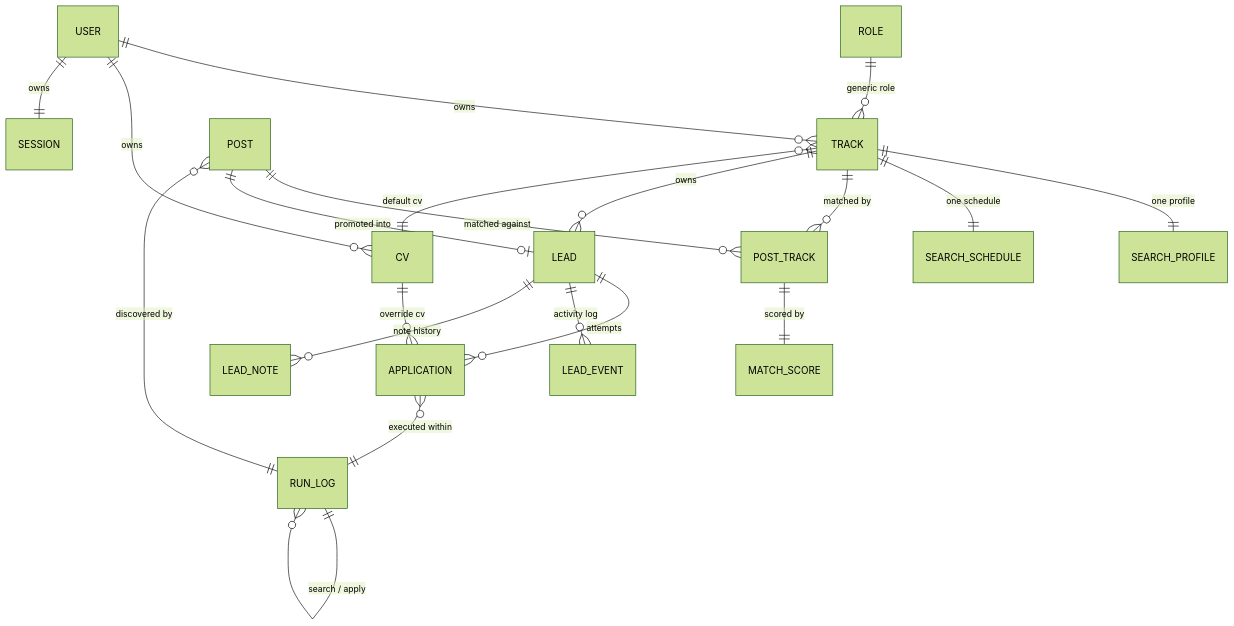
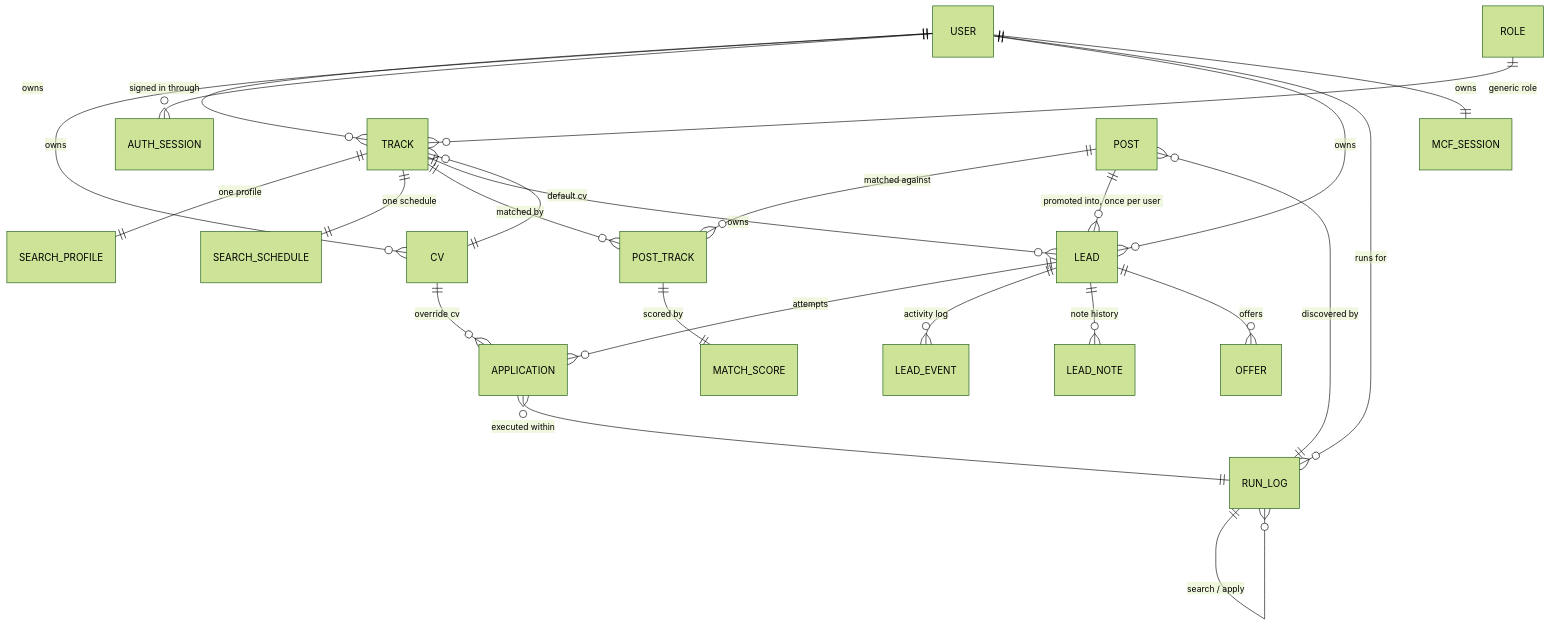
The diagram in docs/releases/010/design/010-data-model.md (yayfalafels/easymcf), drawn with Mermaid (forest theme) before and after one commit. The commit also changed other lines of this file and 56 other files, not shown here.

````diff
--- a/docs/releases/010/design/010-data-model.md
+++ b/docs/releases/010/design/010-data-model.md
@@ -39,22 +41,26 @@
 ```mermaid
 erDiagram
     USER ||--o{ TRACK : "owns"
     USER ||--o{ CV : "owns"
-    USER ||--|| SESSION : "owns"
+    USER ||--o{ AUTH_SESSION : "signed in through"
+    USER ||--o{ LEAD : "owns"
+    USER ||--o{ RUN_LOG : "runs for"
+    USER ||--|| MCF_SESSION : "owns"
     ROLE ||--o{ TRACK : "generic role"
     TRACK ||--|| SEARCH_PROFILE : "one profile"
     TRACK ||--|| SEARCH_SCHEDULE : "one schedule"
     TRACK ||--o{ POST_TRACK : "matched by"
     TRACK ||--o{ LEAD : "owns"
     TRACK }o--|| CV : "default cv"
     CV ||--o{ APPLICATION : "override cv"
     POST ||--o{ POST_TRACK : "matched against"
-    POST ||--o| LEAD : "promoted into"
+    POST ||--o{ LEAD : "promoted into, once per user"
     POST }o--|| RUN_LOG : "discovered by"
     POST_TRACK ||--|| MATCH_SCORE : "scored by"
     LEAD ||--o{ APPLICATION : "attempts"
     LEAD ||--o{ LEAD_EVENT : "activity log"
     LEAD ||--o{ LEAD_NOTE : "note history"
+    LEAD ||--o{ OFFER : "offers"
     APPLICATION }o--|| RUN_LOG : "executed within"
     RUN_LOG ||--o{ RUN_LOG : "search / apply"
 ```
````
